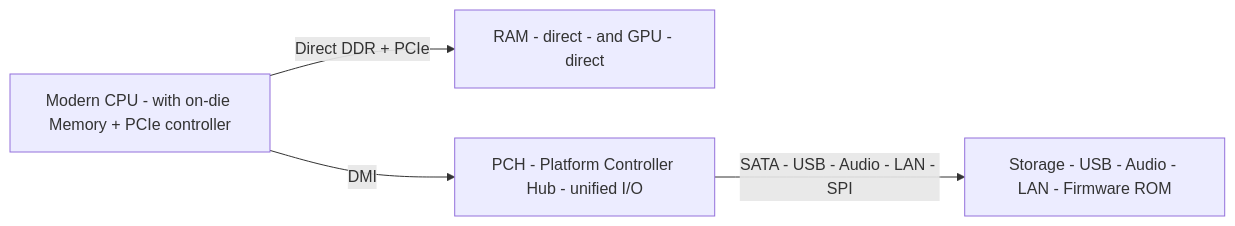
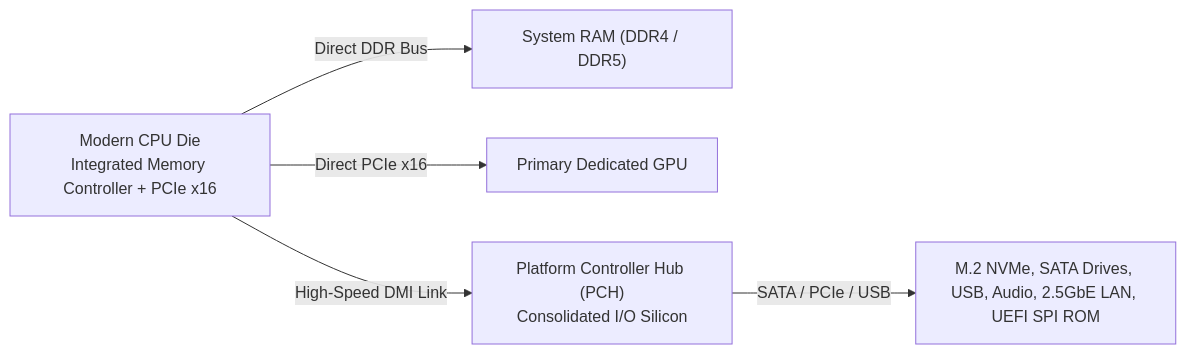
The third of 4 diagrams in content/docs/computer-basics/it-support/06-computer-hardware-architecture.mdx (1345AbhishekKumar/cs-cookbook), drawn with Mermaid before and after one commit. The commit also changed other lines of this file and 299 other files, not shown here.

````diff
--- a/content/docs/computer-basics/it-support/06-computer-hardware-architecture.mdx
+++ b/content/docs/computer-basics/it-support/06-computer-hardware-architecture.mdx
@@ -114,6 +154,7 @@
 ```mermaid
 flowchart LR
-  CPU2["Modern CPU - with on-die Memory + PCIe controller"] -->|Direct DDR + PCIe| MEM["RAM - direct - and GPU - direct"]
-  CPU2 -->|DMI| PCH["PCH - Platform Controller Hub - unified I/O"]
-  PCH -->|SATA - USB - Audio - LAN - SPI| PER["Storage - USB - Audio - LAN - Firmware ROM"]
+  CPU2["Modern CPU Die<br/>Integrated Memory Controller + PCIe x16"] -->|Direct DDR Bus| MEM["System RAM (DDR4 / DDR5)"]
+  CPU2 -->|Direct PCIe x16| GPUM["Primary Dedicated GPU"]
+  CPU2 -->|High-Speed DMI Link| PCH["Platform Controller Hub (PCH)<br/>Consolidated I/O Silicon"]
+  PCH -->|SATA / PCIe / USB| PER["M.2 NVMe, SATA Drives, USB, Audio, 2.5GbE LAN, UEFI SPI ROM"]
 ```
````
